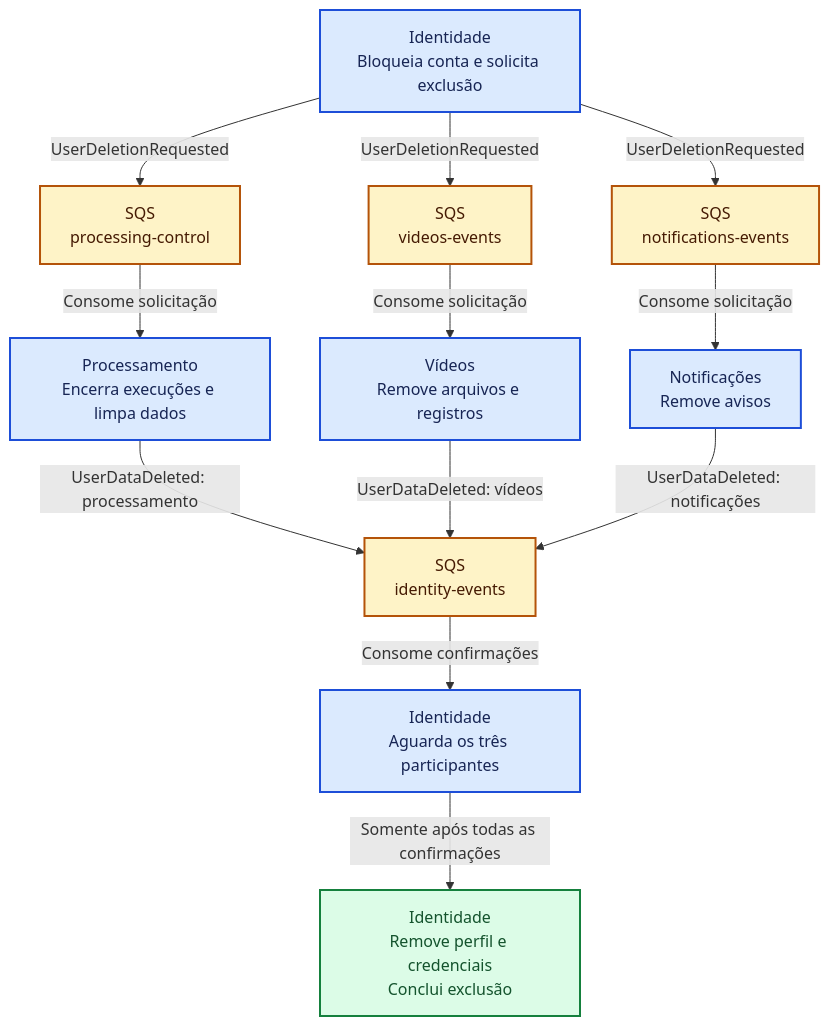
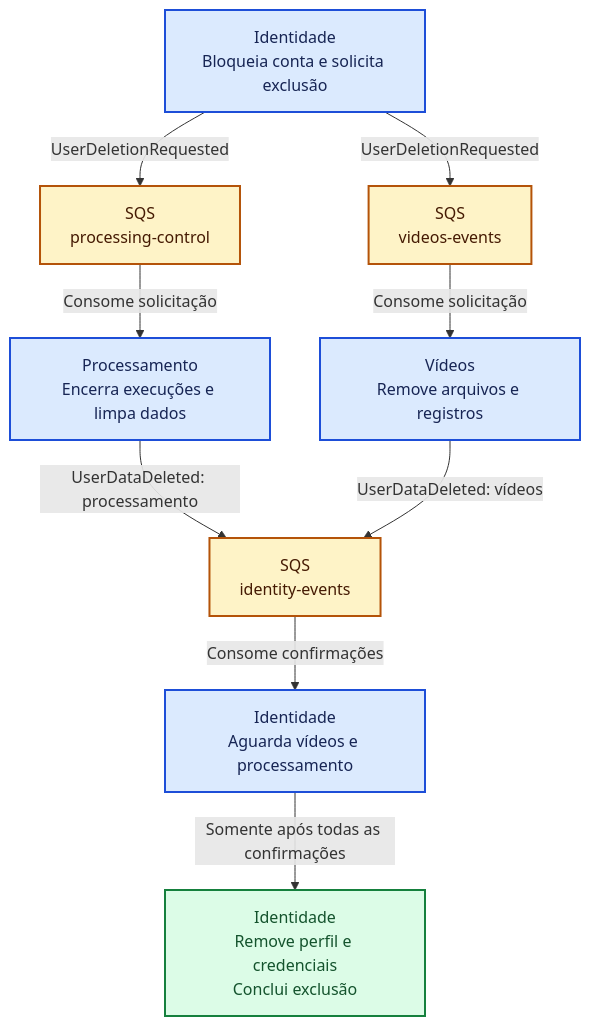
The fifth of 7 diagrams in docs/architecture/diagrams.md (afarms/fiapx-infra), drawn with Mermaid before and after one commit. The commit also changed other lines of this file and 10 other files, not shown here.

````diff
--- a/docs/architecture/diagrams.md
+++ b/docs/architecture/diagrams.md
@@ -176,24 +179,21 @@
 ```mermaid
 flowchart TB
     I["Identidade<br/>Bloqueia conta e solicita exclusão"] -->|UserDeletionRequested| QC["SQS<br/>processing-control"]
     I -->|UserDeletionRequested| QV["SQS<br/>videos-events"]
-    I -->|UserDeletionRequested| QN["SQS<br/>notifications-events"]
 
     QC -->|Consome solicitação| P["Processamento<br/>Encerra execuções e limpa dados"]
     QV -->|Consome solicitação| V["Vídeos<br/>Remove arquivos e registros"]
-    QN -->|Consome solicitação| N["Notificações<br/>Remove avisos"]
 
     P -->|UserDataDeleted: processamento| QI["SQS<br/>identity-events"]
     V -->|UserDataDeleted: vídeos| QI
-    N -->|UserDataDeleted: notificações| QI
 
-    QI -->|Consome confirmações| WAIT["Identidade<br/>Aguarda os três participantes"]
+    QI -->|Consome confirmações| WAIT["Identidade<br/>Aguarda vídeos e processamento"]
     WAIT -->|Somente após todas as confirmações| DONE["Identidade<br/>Remove perfil e credenciais<br/>Conclui exclusão"]
 
     classDef service fill:#DBEAFE,stroke:#1D4ED8,color:#172554,stroke-width:2px
     classDef queue fill:#FEF3C7,stroke:#B45309,color:#451A03,stroke-width:2px
     classDef result fill:#DCFCE7,stroke:#15803D,color:#14532D,stroke-width:2px
-    class I,P,V,N,WAIT service
-    class QC,QV,QN,QI queue
+    class I,P,V,WAIT service
+    class QC,QV,QI queue
     class DONE result
 ```
````
